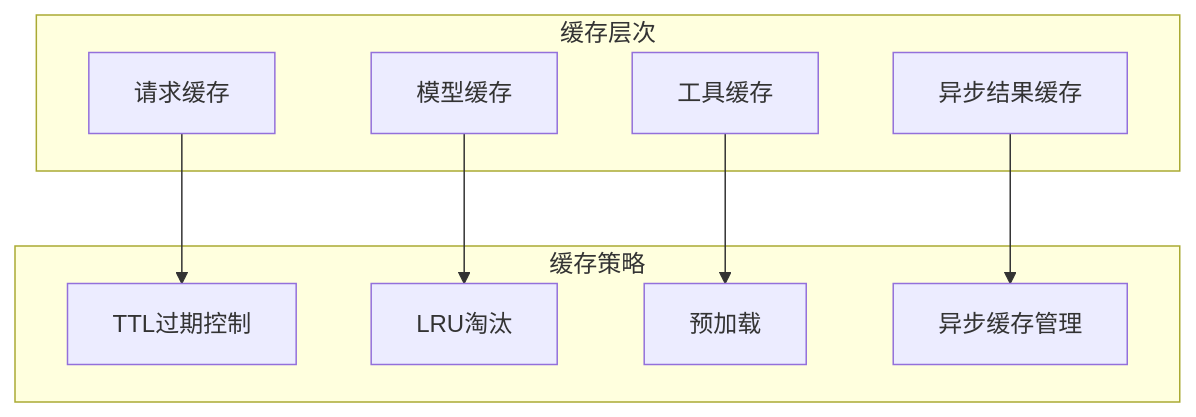
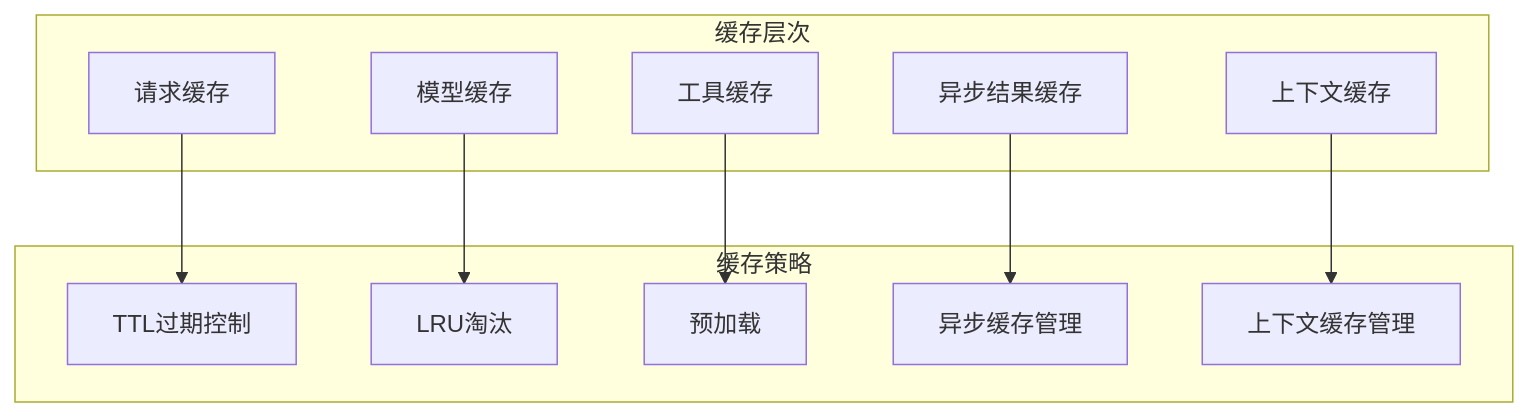
Diagram 18 of 19 in .qoder/repowiki/zh/content/AI聊天服务迁移指南.md (maomao94/zero-service), drawn with Mermaid before and after one commit. The commit also changed other lines of this file and 58 other files, not shown here.

````diff
--- a/.qoder/repowiki/zh/content/AI聊天服务迁移指南.md
+++ b/.qoder/repowiki/zh/content/AI聊天服务迁移指南.md
@@ -673,19 +934,22 @@
 ```mermaid
 graph TB
 subgraph "缓存层次"
 RequestCache[请求缓存]
 ModelCache[模型缓存]
 ToolCache[工具缓存]
 AsyncCache[异步结果缓存]
+ContextCache[上下文缓存]
 end
 subgraph "缓存策略"
 TTL[TTL过期控制]
 Eviction[LRU淘汰]
 Prefetch[预加载]
 AsyncTTL[异步缓存管理]
+ContextTTL[上下文缓存管理]
 end
 RequestCache --> TTL
 ModelCache --> Eviction
 ToolCache --> Prefetch
 AsyncCache --> AsyncTTL
+ContextCache --> ContextTTL
 ```
````
